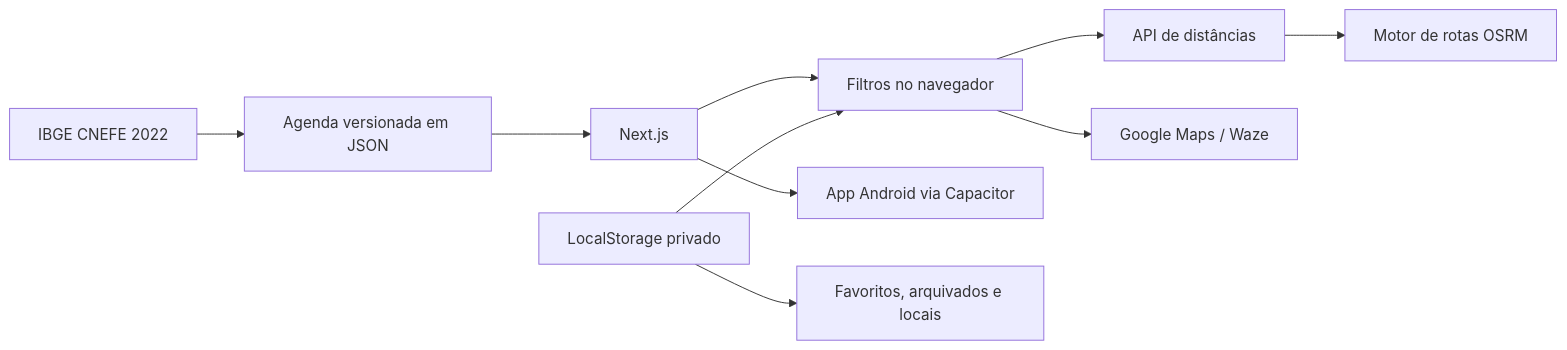
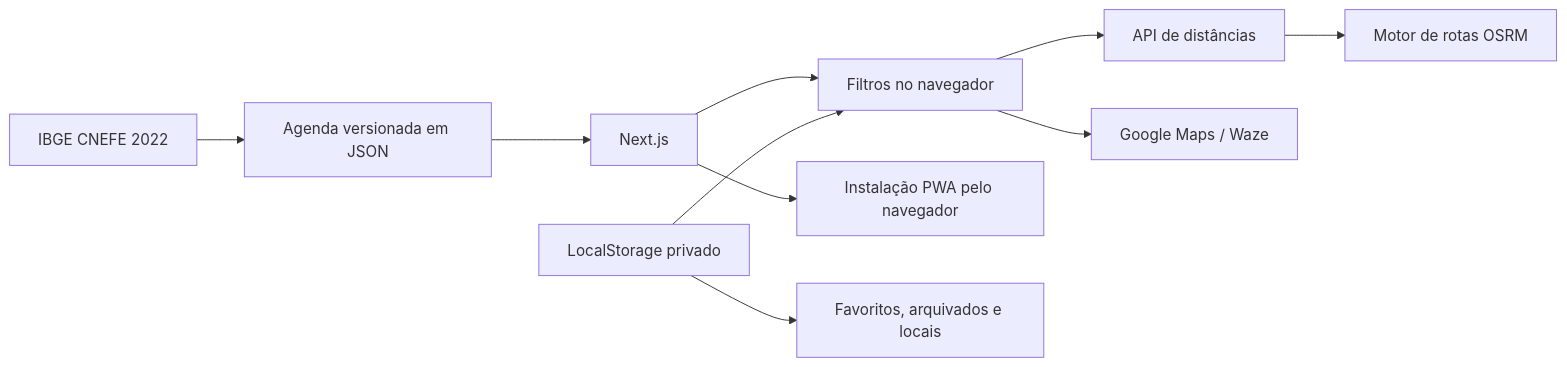
The diagram in README.md (RDEsley/Casas-de-Oracao), drawn with Mermaid before and after one commit. The commit also changed other lines of this file, not shown here.

Commit message:
docs: document PWA install flow

````diff
--- a/README.md
+++ b/README.md
@@ -54,12 +54,12 @@
 ```mermaid
 flowchart LR
   A[Agenda versionada em JSON] --> B[Next.js]
   B --> C[Filtros no navegador]
   I[IBGE CNEFE 2022] --> A
-  B --> J[App Android via Capacitor]
+  B --> J[Instalação PWA pelo navegador]
   C --> D[API de distâncias]
   D --> E[Motor de rotas OSRM]
   C --> F[Google Maps / Waze]
   G[LocalStorage privado] --> C
   G --> H[Favoritos, arquivados e locais]
 ```
````
